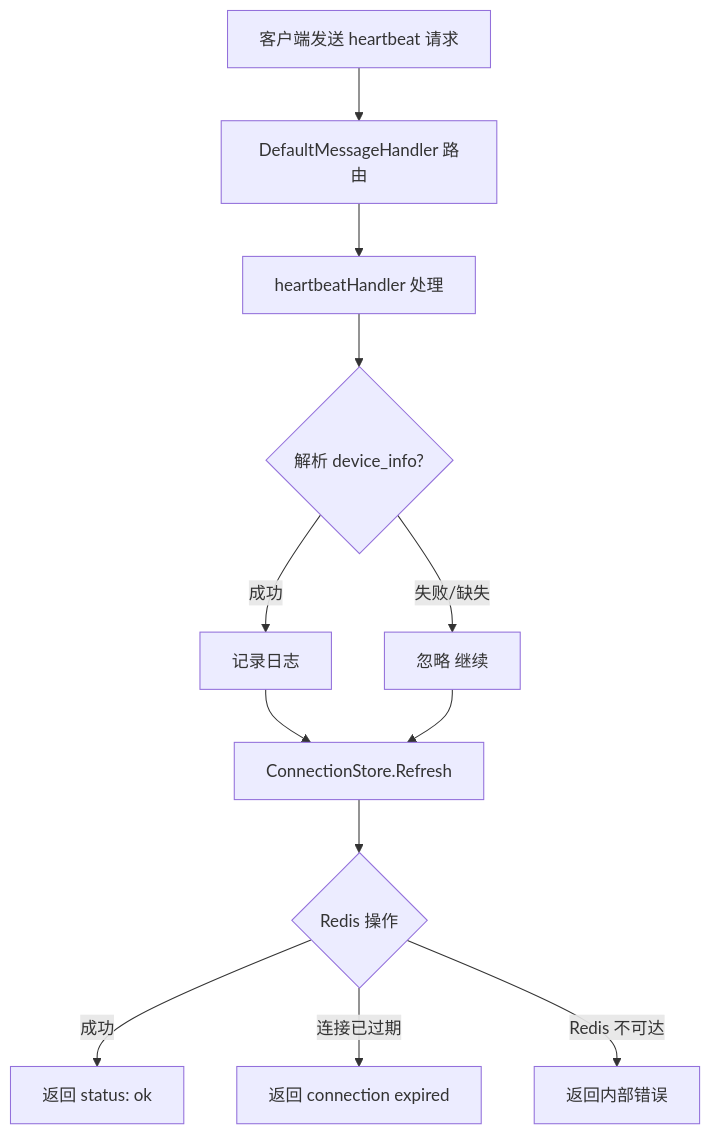
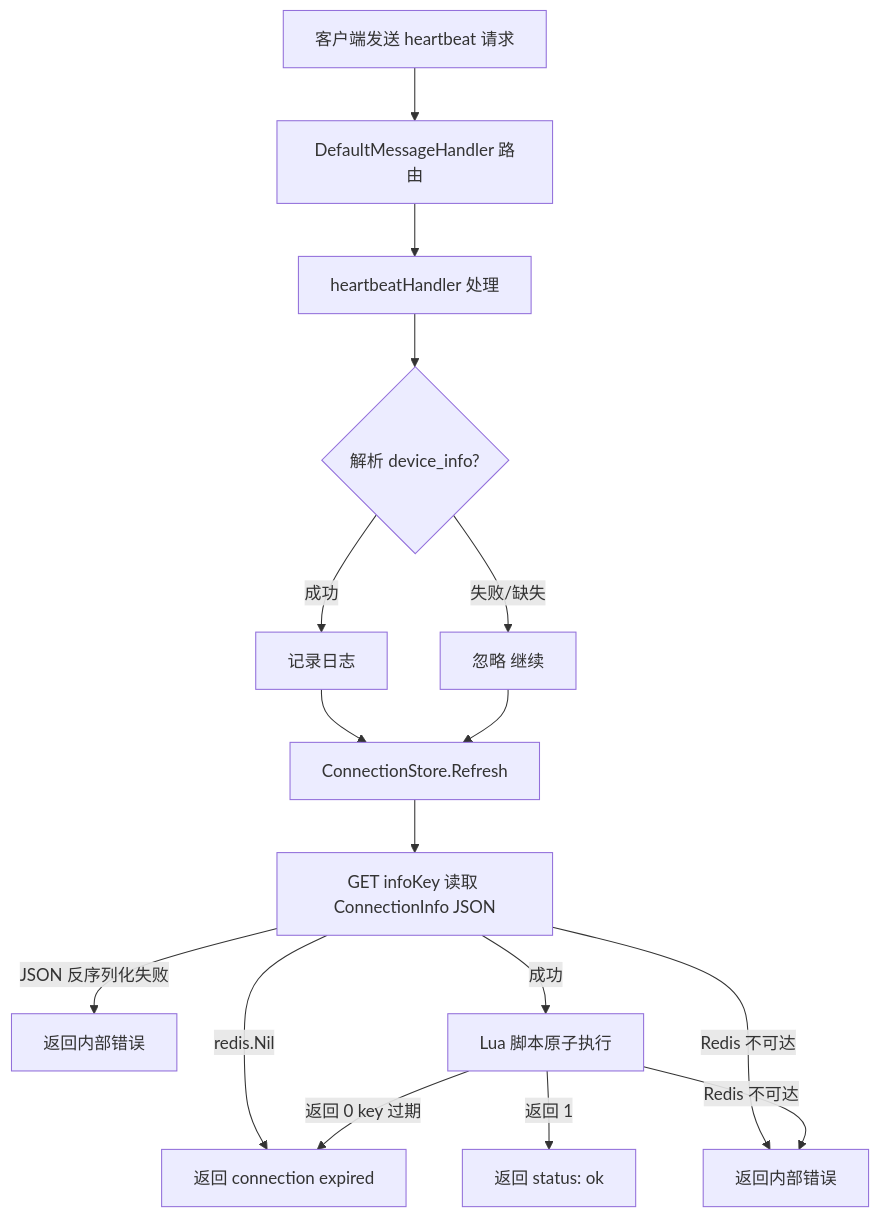
The sixth of 9 diagrams in wiki/flows/websocket.md (PineappleBond/xyncra-server), drawn with Mermaid before and after one commit. The commit also changed other lines of this file and 22 other files, not shown here.

````diff
--- a/wiki/flows/websocket.md
+++ b/wiki/flows/websocket.md
@@ -320,14 +320,18 @@
 ```mermaid
 flowchart TD
     A[客户端发送 heartbeat 请求] --> B[DefaultMessageHandler 路由]
     B --> C[heartbeatHandler 处理]
     C --> D{解析 device_info?}
     D -->|成功| E[记录日志]
     D -->|失败/缺失| F[忽略 继续]
     E --> G[ConnectionStore.Refresh]
     F --> G
-    G --> H{Redis 操作}
-    H -->|成功| I[返回 status: ok]
-    H -->|连接已过期| J[返回 connection expired]
-    H -->|Redis 不可达| K[返回内部错误]
+    G --> G1[GET infoKey 读取 ConnectionInfo JSON]
+    G1 -->|redis.Nil| J[返回 connection expired]
+    G1 -->|JSON 反序列化失败| K1[返回内部错误]
+    G1 -->|成功| G2[Lua 脚本原子执行]
+    G2 -->|返回 1| I[返回 status: ok]
+    G2 -->|返回 0 key 过期| J
+    G1 -->|Redis 不可达| K[返回内部错误]
+    G2 -->|Redis 不可达| K
 ```
````
